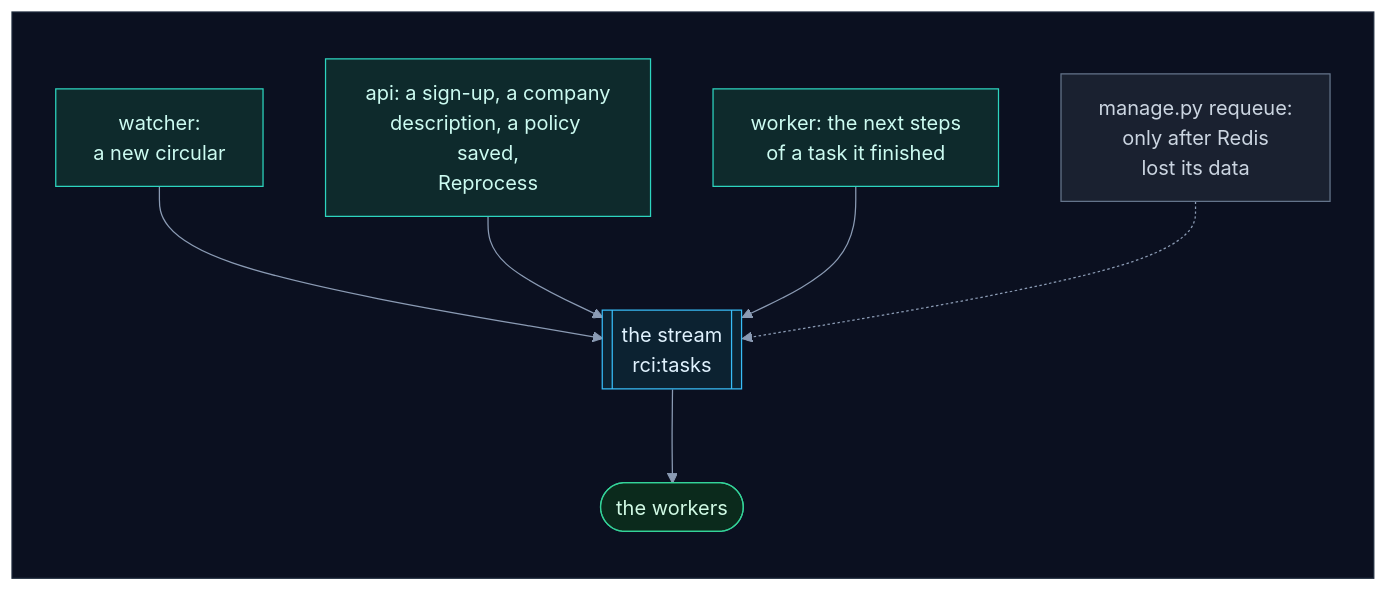
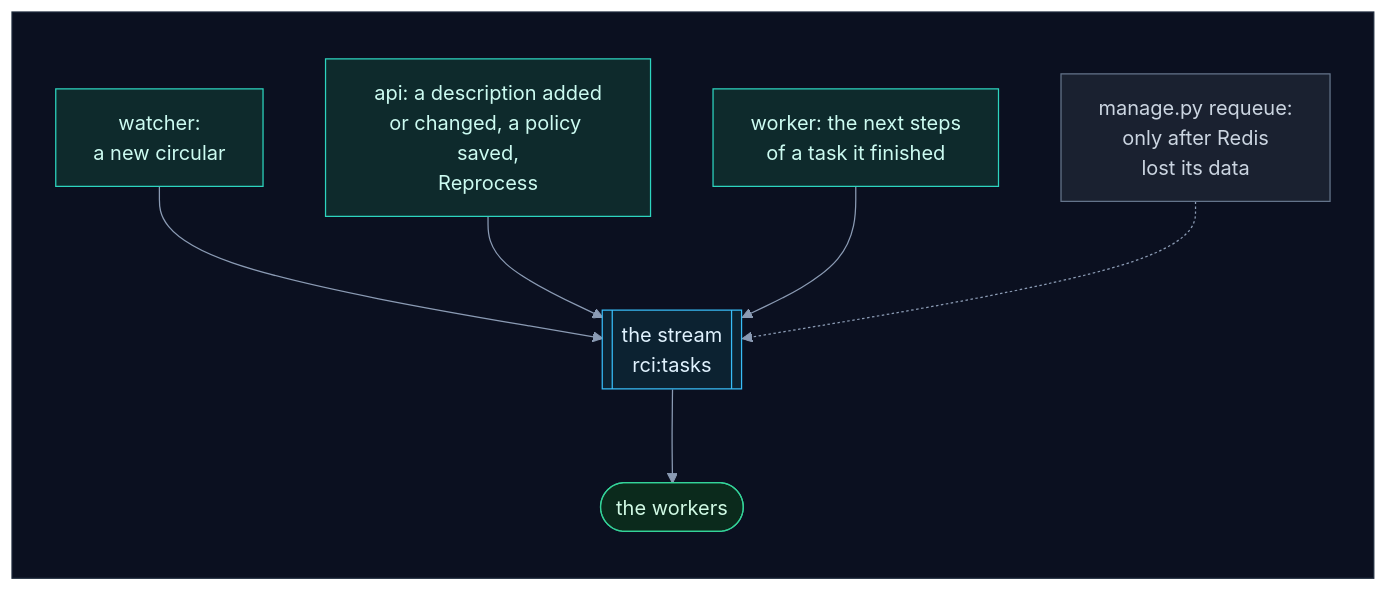
The ninth of 19 diagrams in how_the_worker_works.md (selvakumarperumal/Regulatory_Circular_Impact_Agent), drawn with Mermaid before and after one commit. The commit also changed other lines of this file and 4 other files, not shown here.

First line of the commit message:
Document that only a description or policy change queues work

````diff
--- a/how_the_worker_works.md
+++ b/how_the_worker_works.md
@@ -630,27 +630,27 @@
 ```mermaid
 %%{init: {"theme": "base", "flowchart": {"diagramPadding": 0}, "themeVariables": {"darkMode": true, "primaryColor": "#16213a", "primaryTextColor": "#e6edf7", "primaryBorderColor": "#475a7a", "lineColor": "#8b9bb4", "secondaryColor": "#1b2436", "tertiaryColor": "#101a2e", "edgeLabelBackground": "#0f172a", "textColor": "#e2e8f0", "clusterBkg": "#0f1728", "clusterBorder": "#2b3a55", "titleColor": "#c4b5fd", "nodeTextColor": "#e6edf7"}}}%%
 flowchart TD
     subgraph canvas[" "]
         direction TB
         w["watcher:<br/>a new circular"] --> q[["the stream<br/>rci:tasks"]]
-        a["api: a sign-up, a company<br/>description, a policy saved,<br/>Reprocess"] --> q
+        a["api: a description added<br/>or changed, a policy saved,<br/>Reprocess"] --> q
         k["worker: the next steps<br/>of a task it finished"] --> q
         m["manage.py requeue:<br/>only after Redis<br/>lost its data"] -.-> q
         q --> x(["the workers"])
     end
     classDef svc fill:#0e2a2c,stroke:#2dd4bf,color:#ccfbf1
     classDef data fill:#1c1a47,stroke:#818cf8,color:#e0e7ff
     classDef ext fill:#2a1640,stroke:#c084fc,color:#f3e8ff
     classDef gpu fill:#2d1b0c,stroke:#fb923c,color:#ffedd5
     classDef ask fill:#2a2410,stroke:#fbbf24,color:#fef3c7
     classDef ok fill:#0b2a1c,stroke:#34d399,color:#d1fae5
     classDef bad fill:#2e0f17,stroke:#fb7185,color:#ffe4e6
     classDef start fill:#1c2a0e,stroke:#a7ef6f,color:#ecfccb
     classDef muted fill:#1a2130,stroke:#64748b,color:#cbd5e1
     classDef queue fill:#0c2231,stroke:#38bdf8,color:#e0f2fe
     class w,a,k svc
     class m muted
     class q queue
     class x ok
     style canvas fill:#0b1020,stroke:#1e293b,color:#0b1020
 ```
````
